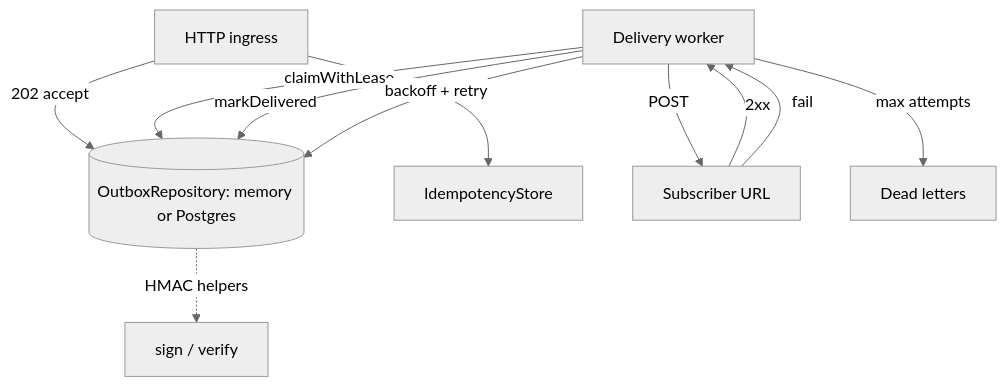
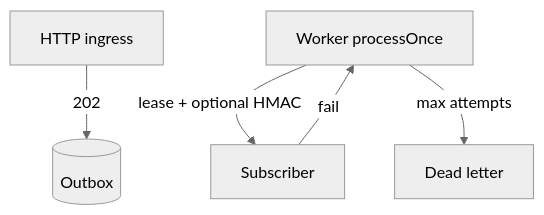
The diagram in README.md (marchikx/webhook-relay), drawn with Mermaid (neutral theme) before and after one commit. The commit also changed other lines of this file, not shown here.

````diff
--- a/README.md
+++ b/README.md
@@ -66,13 +20,7 @@
 ```mermaid
 flowchart TB
-  API[HTTP ingress] -->|202 accept| OB[(OutboxRepository: memory or Postgres)]
-  API --> IDEM[IdempotencyStore]
-  W[Delivery worker] -->|claimWithLease| OB
-  W -->|POST| DEST[Subscriber URL]
-  DEST -->|2xx| W
-  W -->|markDelivered| OB
+  API[HTTP ingress] -->|202| OB[(Outbox)]
+  W[Worker processOnce] -->|lease + optional HMAC| DEST[Subscriber]
   DEST -->|fail| W
-  W -->|backoff + retry| OB
-  W -->|max attempts| DLQ[Dead letters]
-  OB -.->|HMAC helpers| SIG[sign / verify]
+  W -->|max attempts| DLQ[Dead letter]
 ```
````
